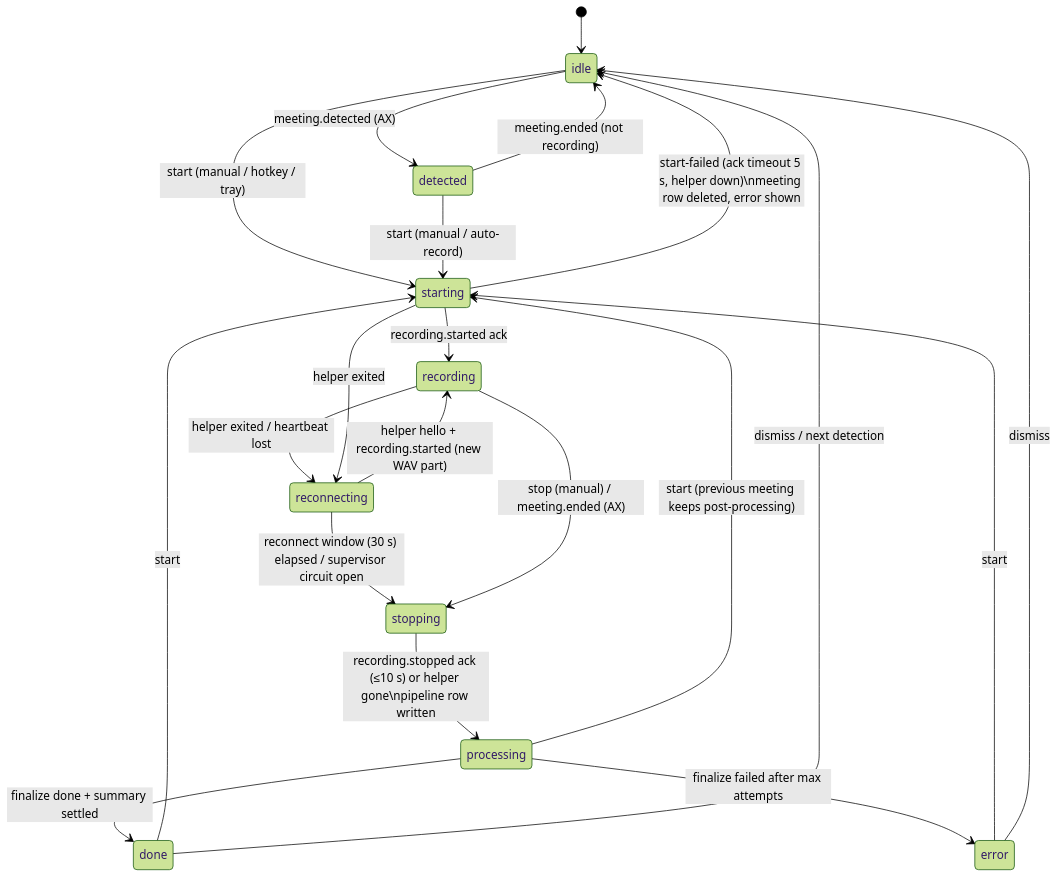
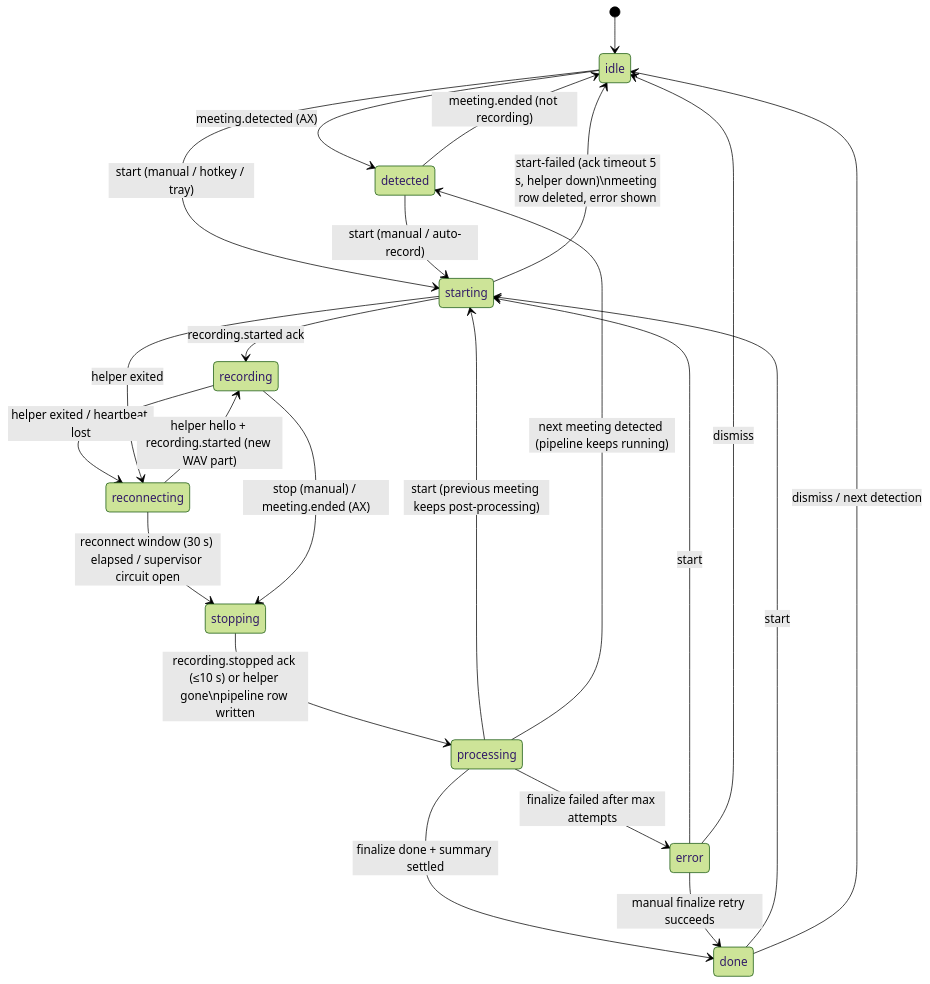
Before and after one commit to qrtz-ai/bezl: the diagram in docs/recording-lifecycle.md, drawn with Mermaid (forest theme). The commit also changed other lines of this file and 6 other files, not shown here.

````diff
--- a/docs/recording-lifecycle.md
+++ b/docs/recording-lifecycle.md
@@ -39,23 +39,25 @@
 ```mermaid
 stateDiagram-v2
   [*] --> idle
   idle --> detected: meeting.detected (AX)
   detected --> idle: meeting.ended (not recording)
   idle --> starting: start (manual / hotkey / tray)
   detected --> starting: start (manual / auto-record)
   done --> starting: start
   error --> starting: start
   processing --> starting: start (previous meeting keeps post-processing)
   starting --> recording: recording.started ack
   starting --> idle: start-failed (ack timeout 5 s, helper down)\nmeeting row deleted, error shown
   recording --> reconnecting: helper exited / heartbeat lost
   starting --> reconnecting: helper exited
   reconnecting --> recording: helper hello + recording.started (new WAV part)
   reconnecting --> stopping: reconnect window (30 s) elapsed / supervisor circuit open
   recording --> stopping: stop (manual) / meeting.ended (AX)
   stopping --> processing: recording.stopped ack (≤10 s) or helper gone\npipeline row written
   processing --> done: finalize done + summary settled
+  error --> done: manual finalize retry succeeds
+  processing --> detected: next meeting detected (pipeline keeps running)
   processing --> error: finalize failed after max attempts
   done --> idle: dismiss / next detection
   error --> idle: dismiss
 ```
````
